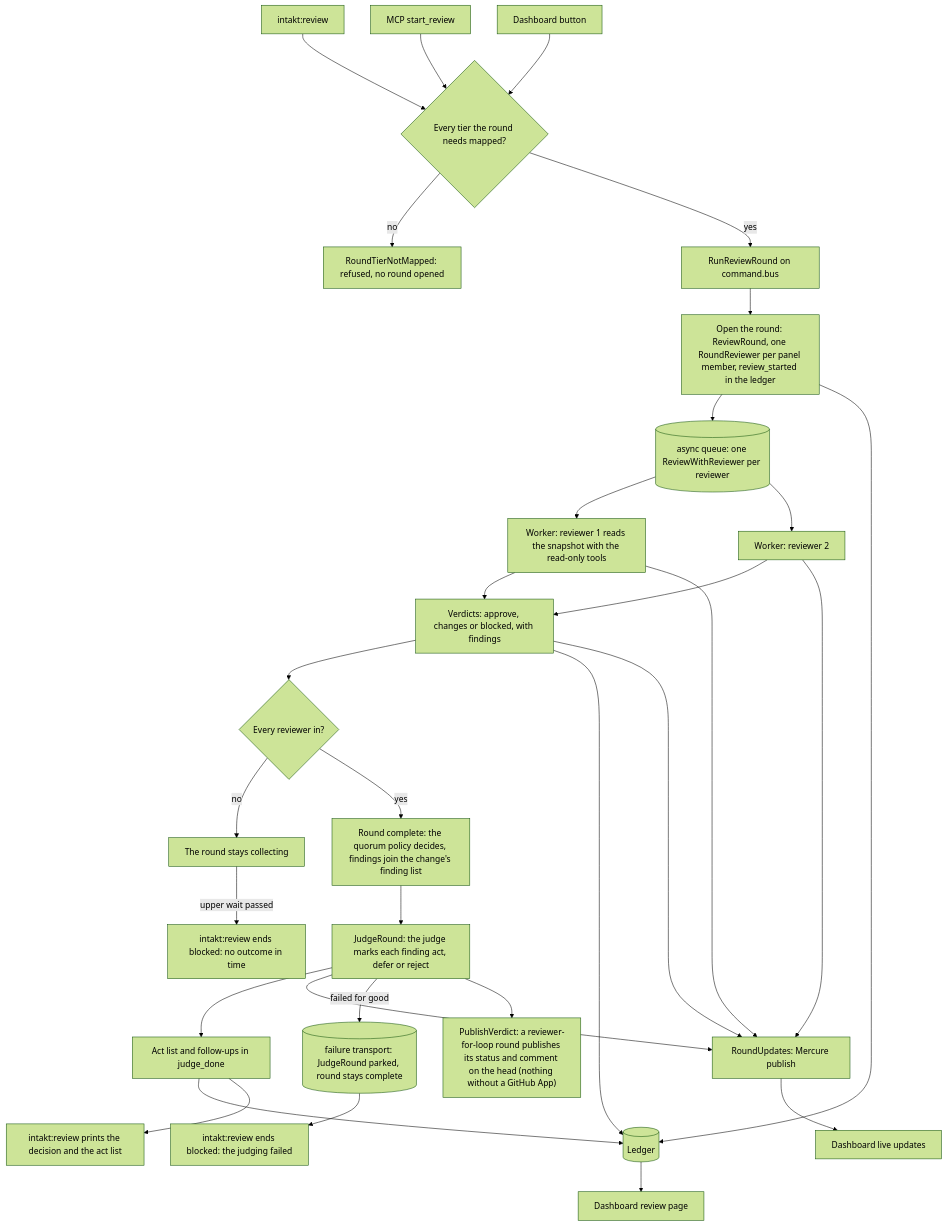
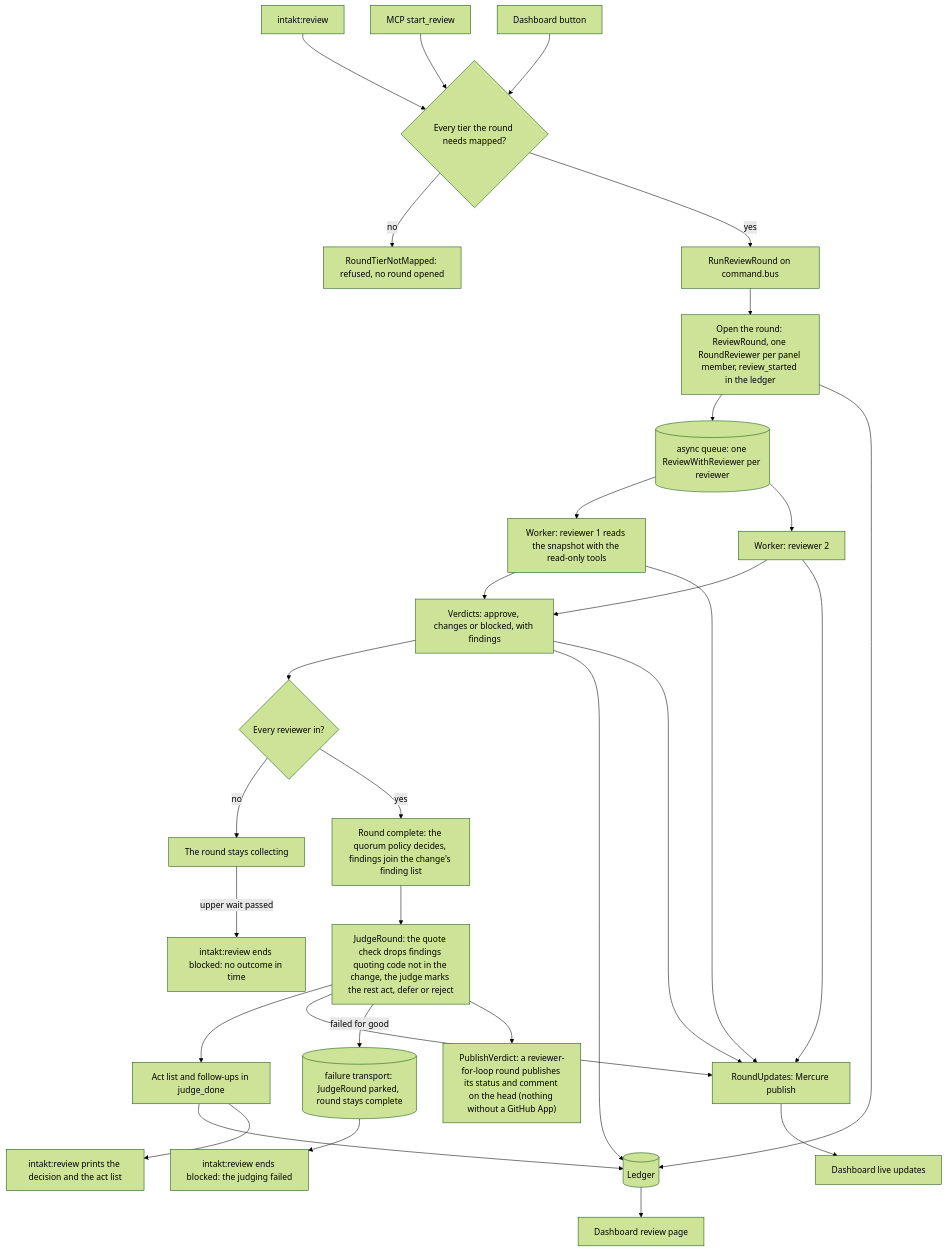
Before and after one commit to shinyredapples/intakt: the diagram in docs/architecture/review-flow.md, drawn with Mermaid (forest theme). The commit also changed other lines of this file and 2 other files, not shown here.

Commit message:
docs(review): describe the quote check before the judge

````diff
--- a/docs/architecture/review-flow.md
+++ b/docs/architecture/review-flow.md
@@ -5,32 +5,32 @@
 ```mermaid
 flowchart TD
     cli["intakt:review"] --> start
     mcp["MCP start_review"] --> start
     btn["Dashboard button"] --> start
     start{"Every tier the round needs mapped?"} -->|no| refused["RoundTierNotMapped: refused, no round opened"]
     start -->|yes| run["RunReviewRound on command.bus"] --> open["Open the round: ReviewRound, one RoundReviewer per panel member, review_started in the ledger"]
     open --> queue[("async queue: one ReviewWithReviewer per reviewer")]
     queue --> w1["Worker: reviewer 1 reads the snapshot with the read-only tools"]
     queue --> w2["Worker: reviewer 2"]
     w1 --> verdicts["Verdicts: approve, changes or blocked, with findings"]
     w2 --> verdicts
     verdicts --> complete{"Every reviewer in?"}
     complete -->|no| wait["The round stays collecting"]
     complete -->|yes| quorum["Round complete: the quorum policy decides, findings join the change's finding list"]
-    quorum --> judge["JudgeRound: the judge marks each finding act, defer or reject"]
+    quorum --> judge["JudgeRound: the quote check drops findings quoting code not in the change, the judge marks the rest act, defer or reject"]
     judge --> act["Act list and follow-ups in judge_done"]
     act --> ledger[("Ledger")]
     open --> ledger
     verdicts --> ledger
     ledger --> dash["Dashboard review page"]
     w1 --> updates["RoundUpdates: Mercure publish"]
     w2 --> updates
     verdicts --> updates
     judge --> updates
     updates --> live["Dashboard live updates"]
     act --> out["intakt:review prints the decision and the act list"]
     judge -->|failed for good| failed[("failure transport: JudgeRound parked, round stays complete")]
     failed --> outFailed["intakt:review ends blocked: the judging failed"]
     wait -->|upper wait passed| outLate["intakt:review ends blocked: no outcome in time"]
     judge --> publish["PublishVerdict: a reviewer-for-loop round publishes its status and comment on the head (nothing without a GitHub App)"]
 ```
````
